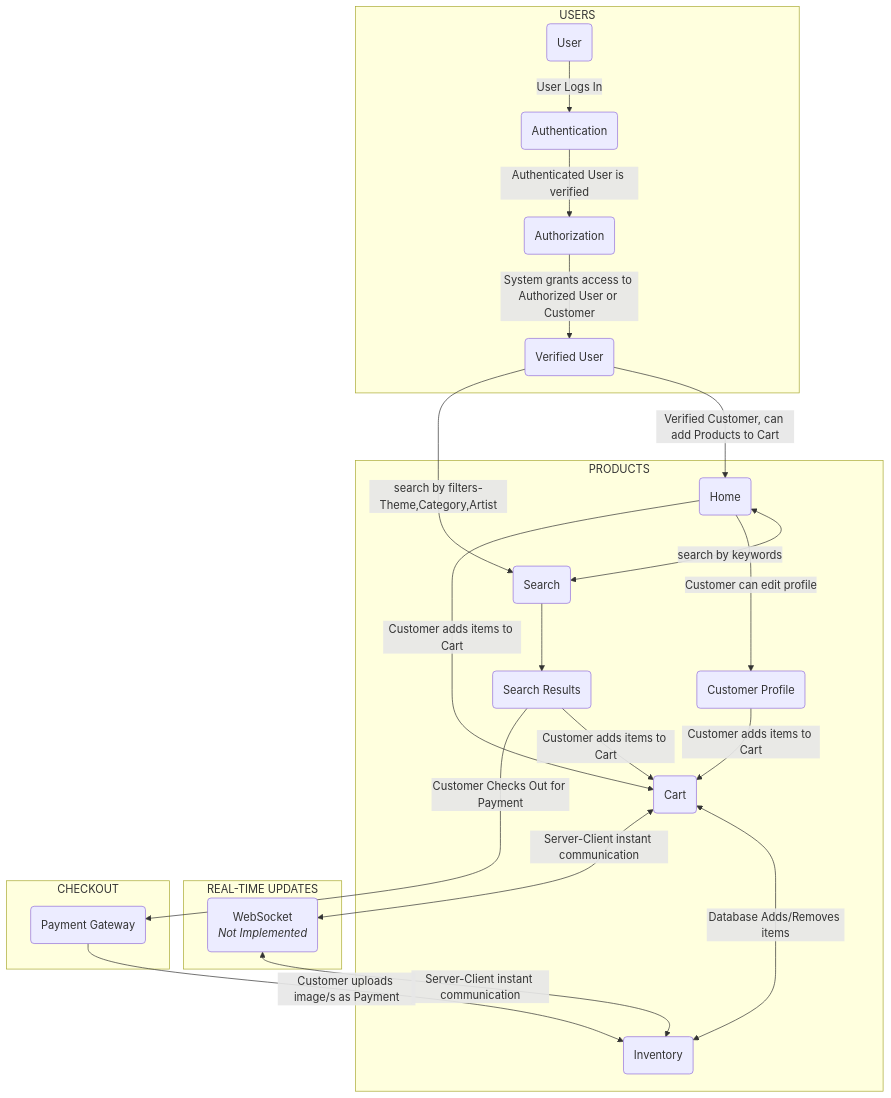
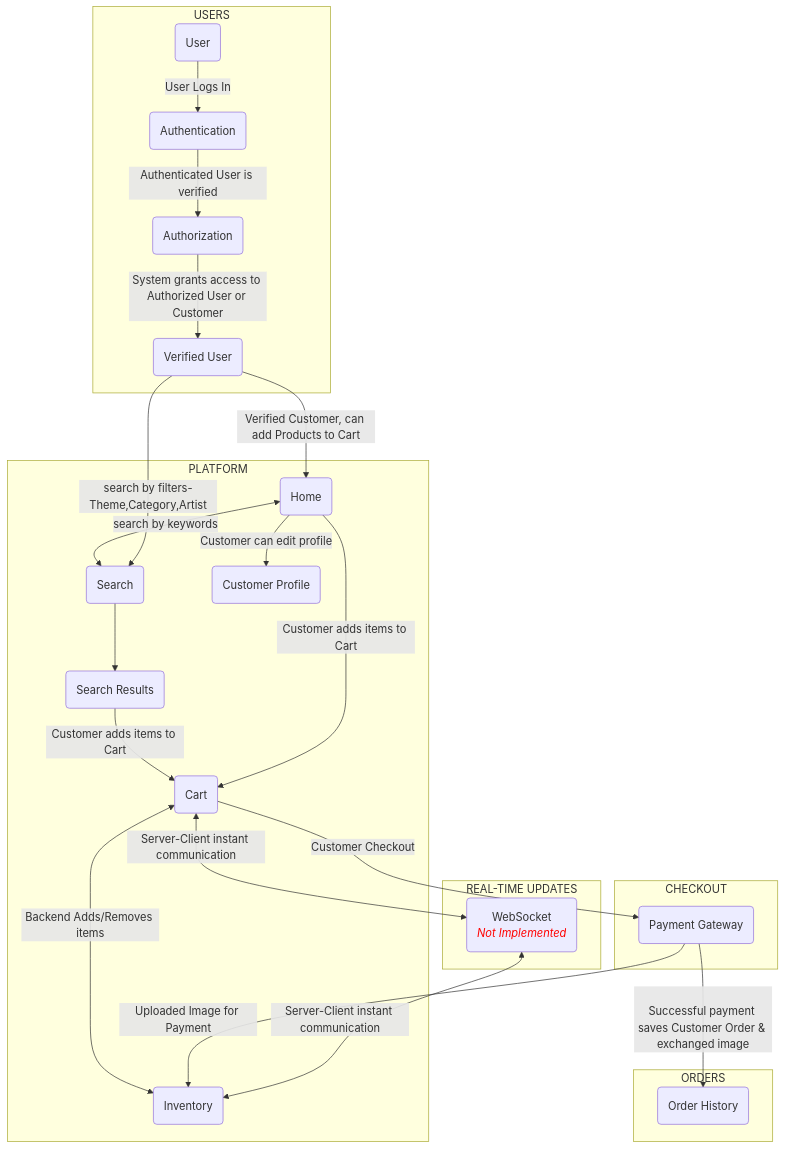
Before and after one commit to prak112/Image-Barter-Bazaar: the diagram in README.md, drawn with Mermaid. The commit also changed other lines of this file, not shown here.

````diff
--- a/README.md
+++ b/README.md
@@ -44,48 +44,51 @@
 ```mermaid
 graph TB
 
 subgraph USERS
   A(User)
   B(Authentication)
   C(Authorization)
   J(Verified User)
 
   A -->|User Logs In| B
   B -->|Authenticated User is verified| C
   C -->|System grants access to Authorized User or Customer| J
 end
 
-subgraph PRODUCTS
+subgraph PLATFORM
   D(Home)
   E(Search)
   F(Search Results)
   G(Cart)
   H(Inventory)
   K(Customer Profile)
   D <-->|search by keywords| E
   E -->F
   F -->|Customer adds items to Cart| G
-  G <-->|Database Adds/Removes items| H
+  G <-->|Backend Adds/Removes items| H
   D -->|Customer can edit profile| K
-  K -->|Customer adds items to Cart| G
   D -->|Customer adds items to Cart| G
 end
 
 subgraph REAL-TIME UPDATES
-  I(WebSocket<br><em>Not Implemented</em>)
+  I(WebSocket<br><em style="color: red;">Not Implemented</em>)
 end
 
 subgraph CHECKOUT
   L(Payment Gateway)
-  F -->|Customer Checks Out for Payment|L
-  L-->|Customer uploads image/s as Payment| H
+  G -->|Customer Checkout|L
+  L-->|Uploaded Image for Payment| H
+end
 
+subgraph ORDERS
+  M(Order History)
+  L -->|<br>Successful payment saves Customer Order & exchanged image|M
 end
 
 G <-->|Server-Client instant communication| I
 I <-->|Server-Client instant communication| H
 J -->|Verified Customer, can add Products to Cart| D
 J -->|search by filters-Theme,Category,Artist| E
 
 
 ```
````
